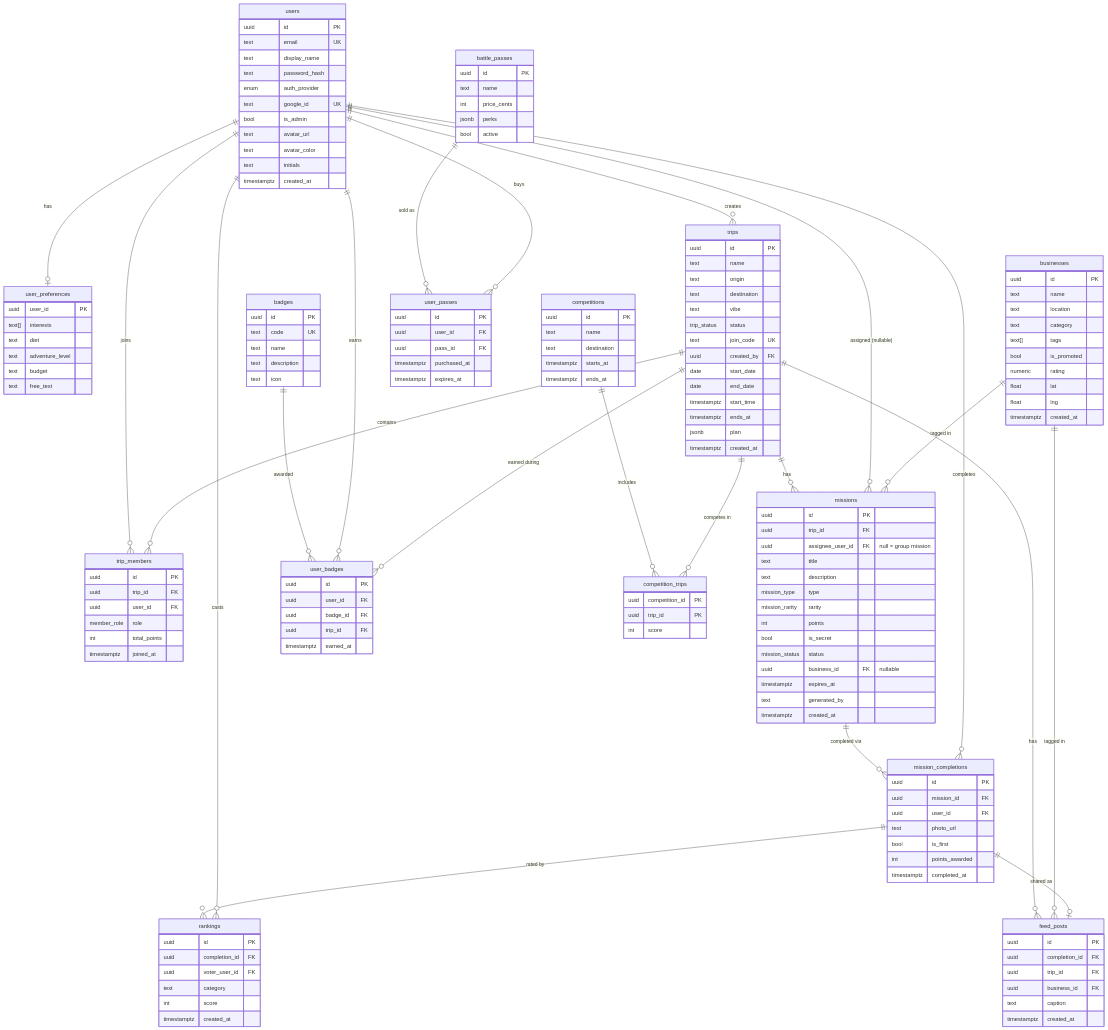
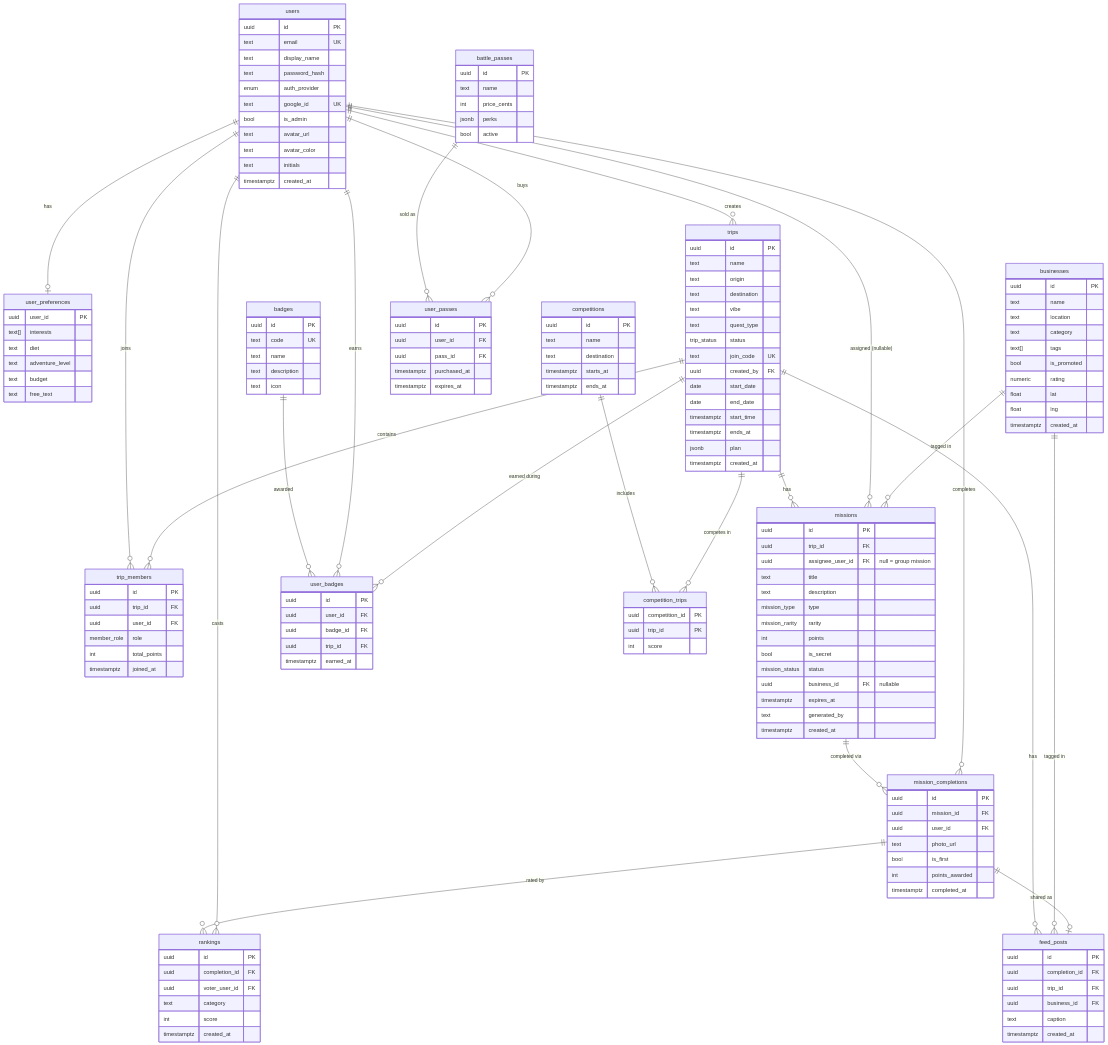
One commit to IsraarHamid/sidequest changed the diagram in DATABASE.md. Above: the diagram before and after it, drawn with Mermaid. The commit also changed other lines of this file and 12 other files, not shown here.

First line of the commit message:
Journey planning: start + end destinations and quest-type mission mix

```diff
--- a/DATABASE.md
+++ b/DATABASE.md
@@ -82,6 +82,7 @@
         text origin
         text destination
         text vibe
+        text quest_type
         trip_status status
         text join_code UK
         uuid created_by FK
```
